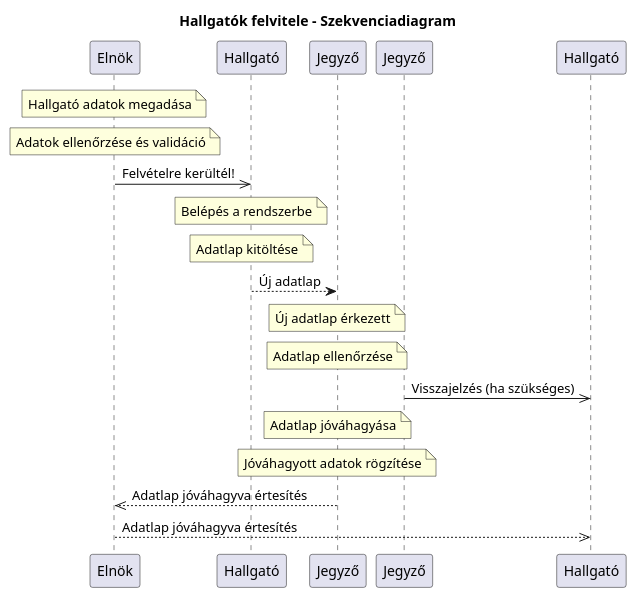
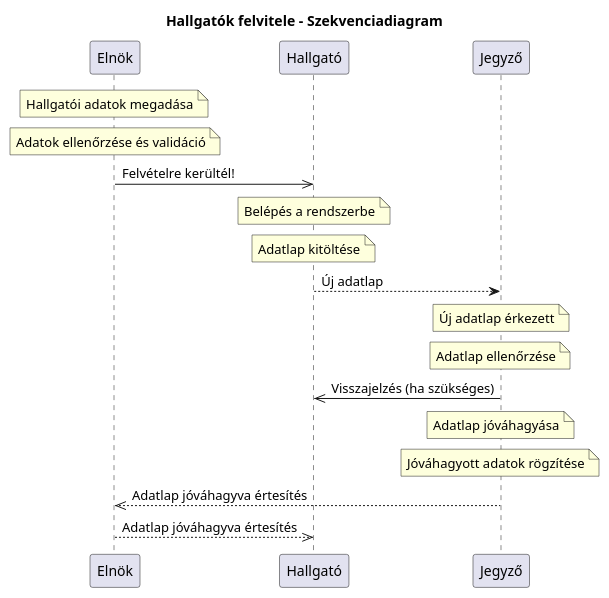
One commit to Ddavid111/Proba changed the third of 3 diagrams in doc/chapters/02.rst. Above: the diagram before and after it, drawn with PlantUML. The commit also changed 1 other file, not shown here.

Commit message:
Uplaod changes

```diff
--- a/doc/chapters/02.rst
+++ b/doc/chapters/02.rst
@@ -136,50 +136,50 @@
 .. plantuml::
     
     @startuml
     title Hallgatók felvitele - Szekvenciadiagram
 
     participant Elnök as E
     participant Hallgató as H
     participant Jegyző as J
 
     note over E
-    Hallgató adatok megadása
+    Hallgatói adatok megadása
     end note
     note over E
     Adatok ellenőrzése és validáció
     end note
 
     E->>H: Felvételre kerültél!
     
     note over H 
     Belépés a rendszerbe
     end note
     
     note over H 
     Adatlap kitöltése
     end note
     
     H-->J: Új adatlap
     
     note over J 
     Új adatlap érkezett
     end note
     
     note over J 
     Adatlap ellenőrzése
     end note
     
-    Jegyző->>Hallgató: Visszajelzés (ha szükséges)
+    J->>H: Visszajelzés (ha szükséges)
     
     note over J 
     Adatlap jóváhagyása
     end note
     
     note over J 
     Jóváhagyott adatok rögzítése
     end note
     
     J-->>E: Adatlap jóváhagyva értesítés
     
-    E-->>Hallgató: Adatlap jóváhagyva értesítés
+    E-->>H: Adatlap jóváhagyva értesítés
     @enduml
```
